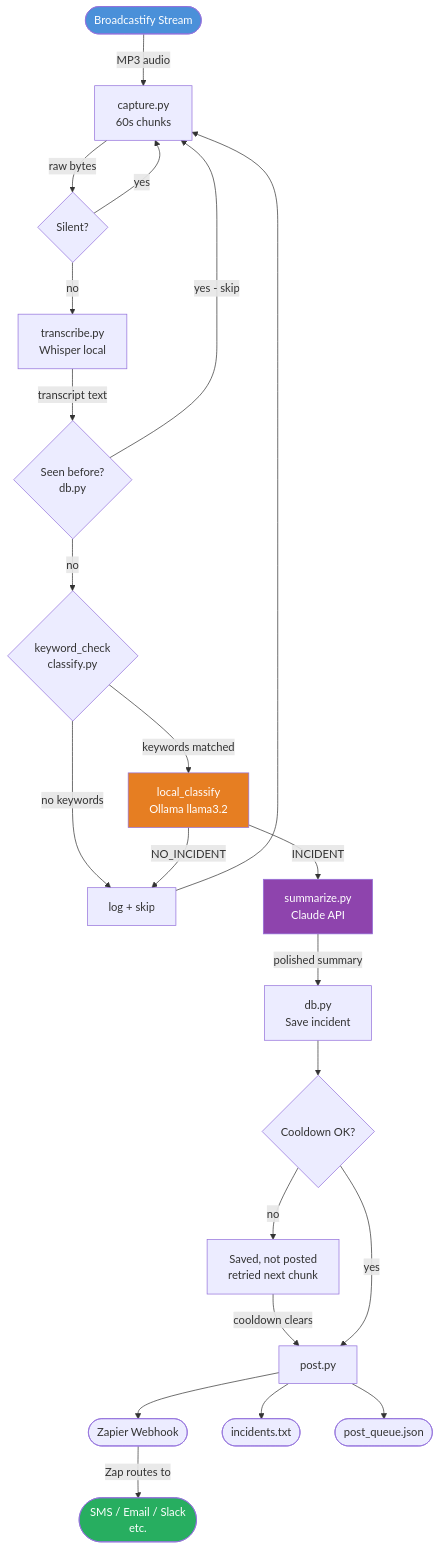
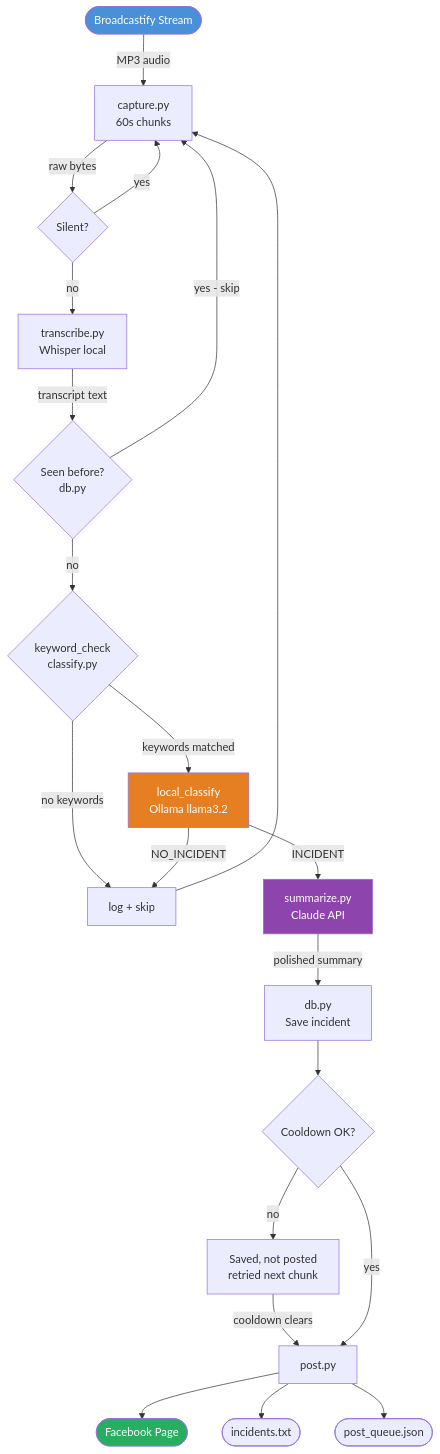
One commit to billford/sdr-scanner changed the diagram in README.md. Above: the diagram before and after it, drawn with Mermaid. The commit also changed other lines of this file and 6 other files, not shown here.

````diff
--- a/README.md
+++ b/README.md
@@ -9,29 +9,28 @@
 ```mermaid
 flowchart TD
     A([Broadcastify Stream]) -->|MP3 audio| B[capture.py\n60s chunks]
     B -->|raw bytes| C{Silent?}
     C -->|yes| B
     C -->|no| D[transcribe.py\nWhisper local]
     D -->|transcript text| E{Seen before?\ndb.py}
     E -->|yes - skip| B
     E -->|no| F{keyword_check\nclassify.py}
     F -->|no keywords| G[log + skip]
     G --> B
     F -->|keywords matched| H[local_classify\nOllama llama3.2]
     H -->|NO_INCIDENT| G
     H -->|INCIDENT| I[summarize.py\nClaude API]
     I -->|polished summary| J[db.py\nSave incident]
     J --> K{Cooldown OK?}
     K -->|no| L[Saved, not posted\nretried next chunk]
     L -->|cooldown clears| M
     K -->|yes| M[post.py]
-    M --> N([Zapier Webhook])
+    M --> N([Facebook Page])
     M --> O([incidents.txt])
     M --> P([post_queue.json])
-    N -->|Zap routes to| Q([SMS / Email / Slack\netc.])
 
     style A fill:#4a90d9,color:#fff
-    style Q fill:#27ae60,color:#fff
+    style N fill:#27ae60,color:#fff
     style I fill:#8e44ad,color:#fff
     style H fill:#e67e22,color:#fff
 ```
````
